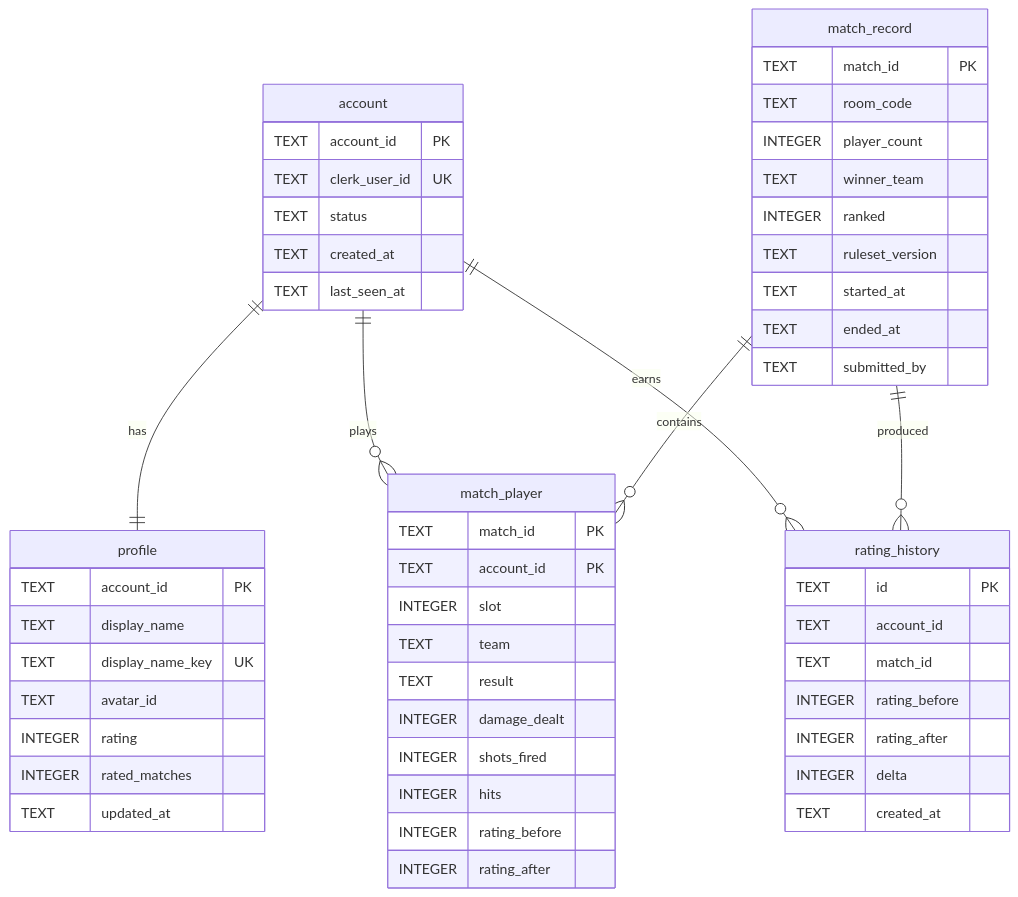
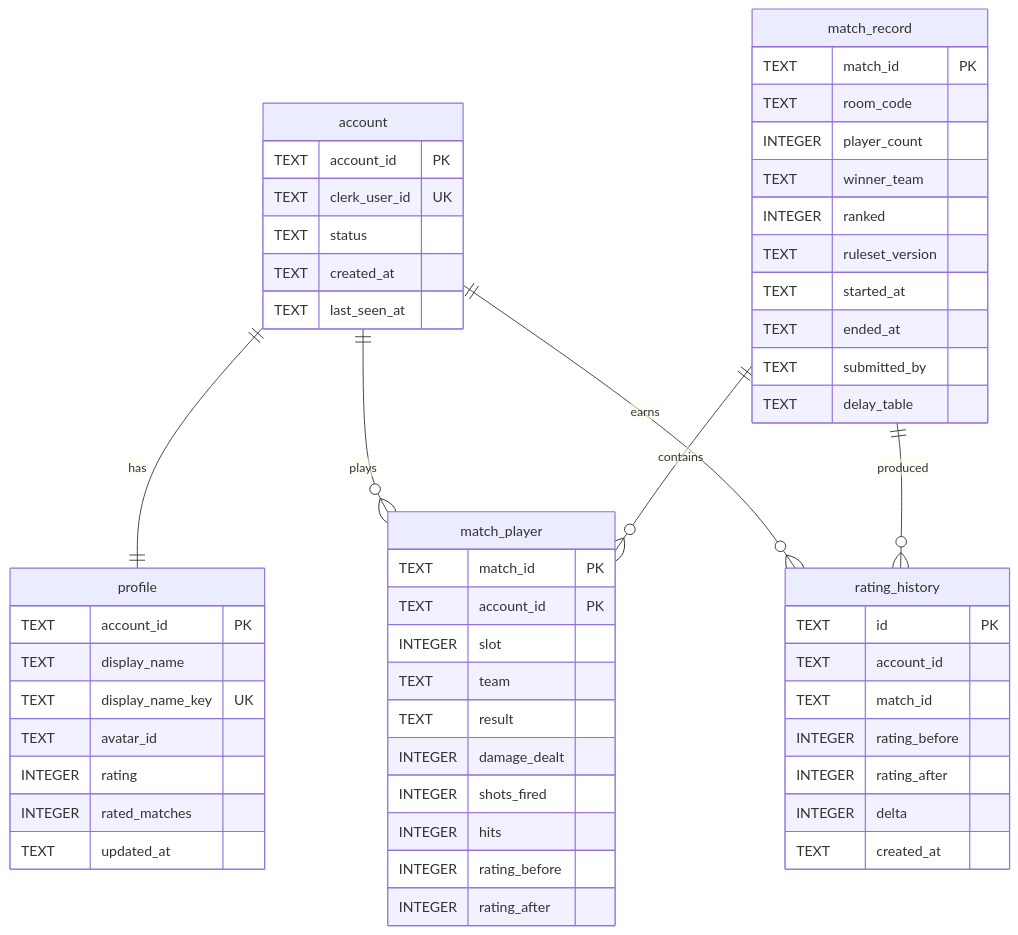
The diagram in docs/02-reference/data/README.md (prxxie/gb-web), drawn with Mermaid before and after one commit. The commit also changed 9 other files, not shown here.

First line of the commit message:
fix(core,worker): carry the delay table through match_end and match_record [US-CORE-002]

````diff
--- a/docs/02-reference/data/README.md
+++ b/docs/02-reference/data/README.md
@@ -23,57 +23,58 @@
 ```mermaid
 erDiagram
     account ||--|| profile : "has"
     account ||--o{ match_player : "plays"
     account ||--o{ rating_history : "earns"
     match_record ||--o{ match_player : "contains"
     match_record ||--o{ rating_history : "produced"
 
     account {
         TEXT account_id PK
         TEXT clerk_user_id UK
         TEXT status
         TEXT created_at
         TEXT last_seen_at
     }
     profile {
         TEXT account_id PK
         TEXT display_name
         TEXT display_name_key UK
         TEXT avatar_id
         INTEGER rating
         INTEGER rated_matches
         TEXT updated_at
     }
     match_record {
         TEXT match_id PK
         TEXT room_code
         INTEGER player_count
         TEXT winner_team
         INTEGER ranked
         TEXT ruleset_version
         TEXT started_at
         TEXT ended_at
         TEXT submitted_by
+        TEXT delay_table
     }
     match_player {
         TEXT match_id PK
         TEXT account_id PK
         INTEGER slot
         TEXT team
         TEXT result
         INTEGER damage_dealt
         INTEGER shots_fired
         INTEGER hits
         INTEGER rating_before
         INTEGER rating_after
     }
     rating_history {
         TEXT id PK
         TEXT account_id
         TEXT match_id
         INTEGER rating_before
         INTEGER rating_after
         INTEGER delta
         TEXT created_at
     }
 ```
````
